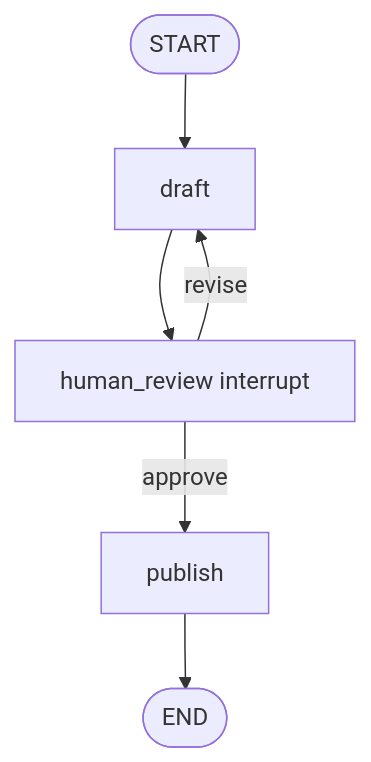
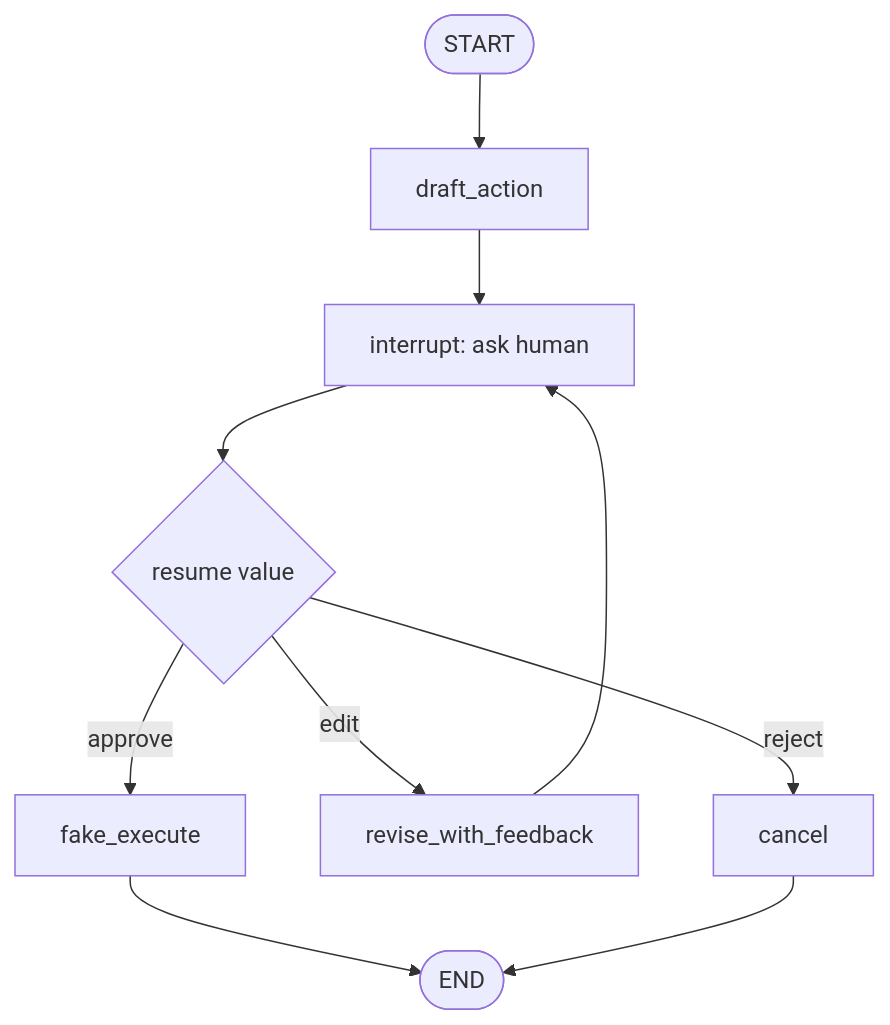
One commit to heecheon92/langgraph-playground changed the first of 2 diagrams in docs/agent-patterns/patterns/07-human-in-the-loop-interrupt-and-approval.md. Above: the diagram before and after it, drawn with Mermaid. The commit also changed other lines of this file and 24 other files, not shown here.

````diff
--- a/docs/agent-patterns/patterns/07-human-in-the-loop-interrupt-and-approval.md
+++ b/docs/agent-patterns/patterns/07-human-in-the-loop-interrupt-and-approval.md
@@ -27,8 +27,12 @@
 ```mermaid
 flowchart TD
-    Start([START]) --> Draft[draft]
-    Draft --> Review[human_review interrupt]
-    Review -->|approve| Publish[publish]
-    Review -->|revise| Draft
-    Publish --> End([END])
+    Start([START]) --> Draft[draft_action]
+    Draft --> Review[interrupt: ask human]
+    Review --> Decision{resume value}
+    Decision -->|approve| Execute[fake_execute]
+    Decision -->|edit| Revise[revise_with_feedback]
+    Decision -->|reject| Cancel[cancel]
+    Revise --> Review
+    Execute --> End([END])
+    Cancel --> End
 ```
````
